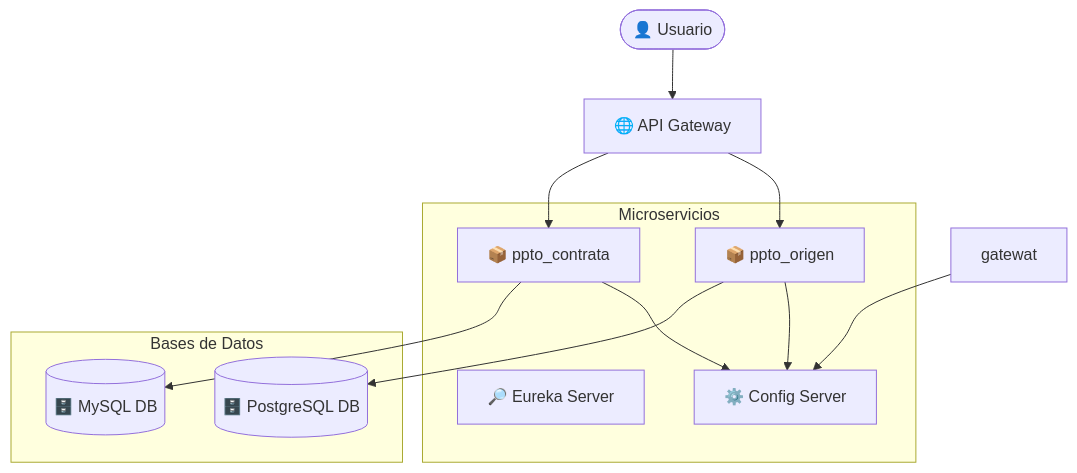
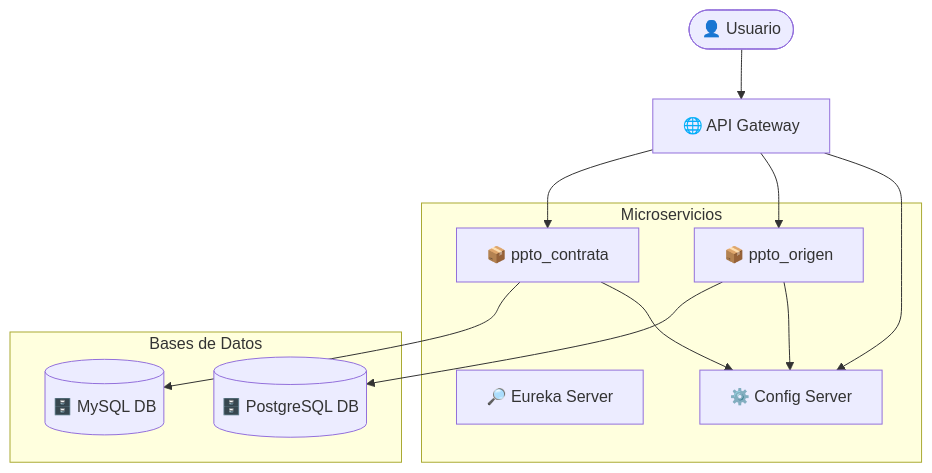
One commit to wilfredohuarotog/API-Gestion-de-presupuestos changed the diagram in README.md. Above: the diagram before and after it, drawn with Mermaid.

````diff
--- a/README.md
+++ b/README.md
@@ -24,25 +24,25 @@
 ```mermaid
 flowchart TD
     user([👤 Usuario]) --> gateway[🌐 API Gateway]
 
     subgraph Microservicios
         contrata[📦 ppto_contrata]
         origen[📦 ppto_origen]
         eureka[🔎 Eureka Server]
         config[⚙️ Config Server]
     end
 
     subgraph Bases de Datos
         mysql[(🗄️ MySQL DB)]
         postgres[(🗄️ PostgreSQL DB)]
     end
 
     gateway --> contrata
     gateway --> origen
 
     contrata --> mysql
     origen --> postgres
     contrata --> config
     origen --> config
-    gatewat -->config
+    gateway -->config
 ```
````
